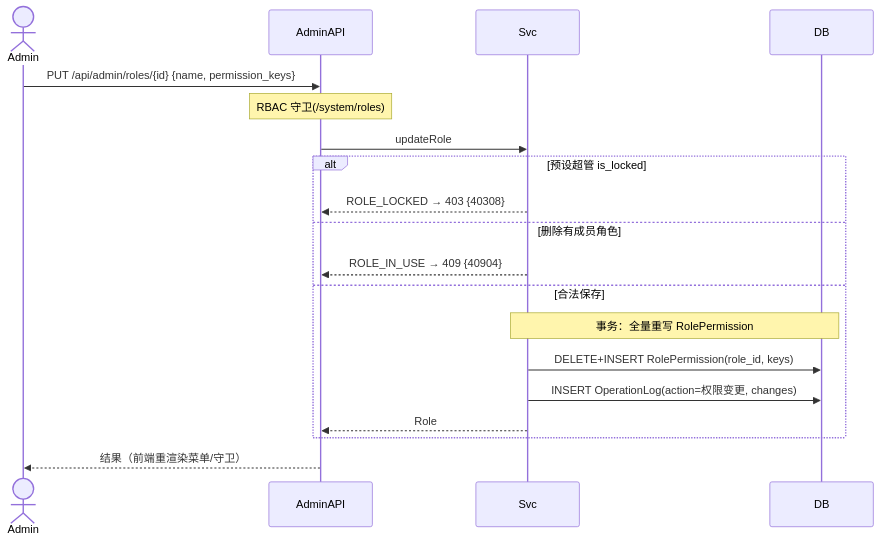
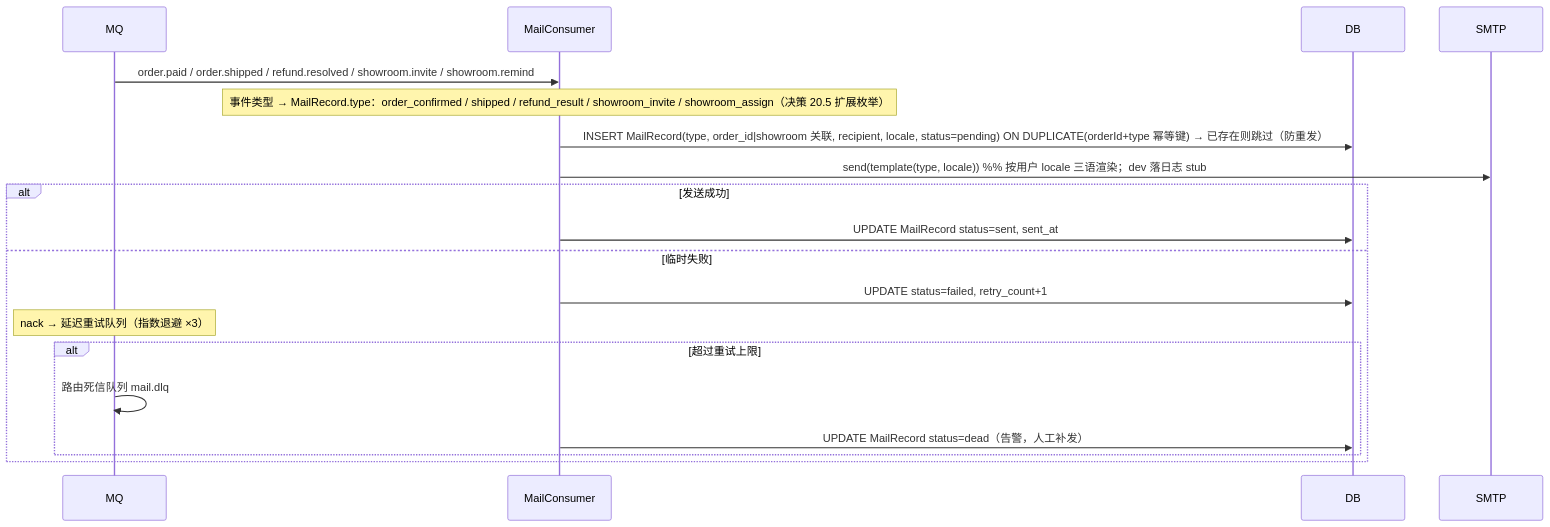
One commit to hptec/dreamy changed diagram 11 of 20 in hhspec/specs/architecture/data-flow.md. Above: the diagram before and after it, drawn with Mermaid. The commit also changed other lines of this file and 180 other files, not shown here.

````diff
--- a/hhspec/specs/architecture/data-flow.md
+++ b/hhspec/specs/architecture/data-flow.md
@@ -404,22 +434,22 @@
 ```mermaid
 sequenceDiagram
-    actor Admin
-    participant AdminAPI
-    participant Svc
+    participant MQ
+    participant Svc as MailConsumer
     participant DB
+    participant SMTP
 
-    Admin->>AdminAPI: PUT /api/admin/roles/{id} {name, permission_keys}
-    Note over AdminAPI: RBAC 守卫(/system/roles)
-    AdminAPI->>Svc: updateRole
-    alt 预设超管 is_locked
-        Svc-->>AdminAPI: ROLE_LOCKED → 403 {40308}
-    else 删除有成员角色
-        Svc-->>AdminAPI: ROLE_IN_USE → 409 {40904}
-    else 合法保存
-        Note over Svc,DB: 事务：全量重写 RolePermission
-        Svc->>DB: DELETE+INSERT RolePermission(role_id, keys)
-        Svc->>DB: INSERT OperationLog(action=权限变更, changes)
-        Svc-->>AdminAPI: Role
+    MQ->>Svc: order.paid / order.shipped / refund.resolved / showroom.invite / showroom.remind
+    Note over Svc: 事件类型 → MailRecord.type：order_confirmed / shipped / refund_result / showroom_invite / showroom_assign（决策 20.5 扩展枚举）
+    Svc->>DB: INSERT MailRecord(type, order_id|showroom 关联, recipient, locale, status=pending) ON DUPLICATE(orderId+type 幂等键) → 已存在则跳过（防重发）
+    Svc->>SMTP: send(template(type, locale))  %% 按用户 locale 三语渲染；dev 落日志 stub
+    alt 发送成功
+        Svc->>DB: UPDATE MailRecord status=sent, sent_at
+    else 临时失败
+        Svc->>DB: UPDATE status=failed, retry_count+1
+        Note over MQ: nack → 延迟重试队列（指数退避 ×3）
+        alt 超过重试上限
+            MQ->>MQ: 路由死信队列 mail.dlq
+            Svc->>DB: UPDATE MailRecord status=dead（告警，人工补发）
+        end
     end
-    AdminAPI-->>Admin: 结果（前端重渲染菜单/守卫）
 ```
````
